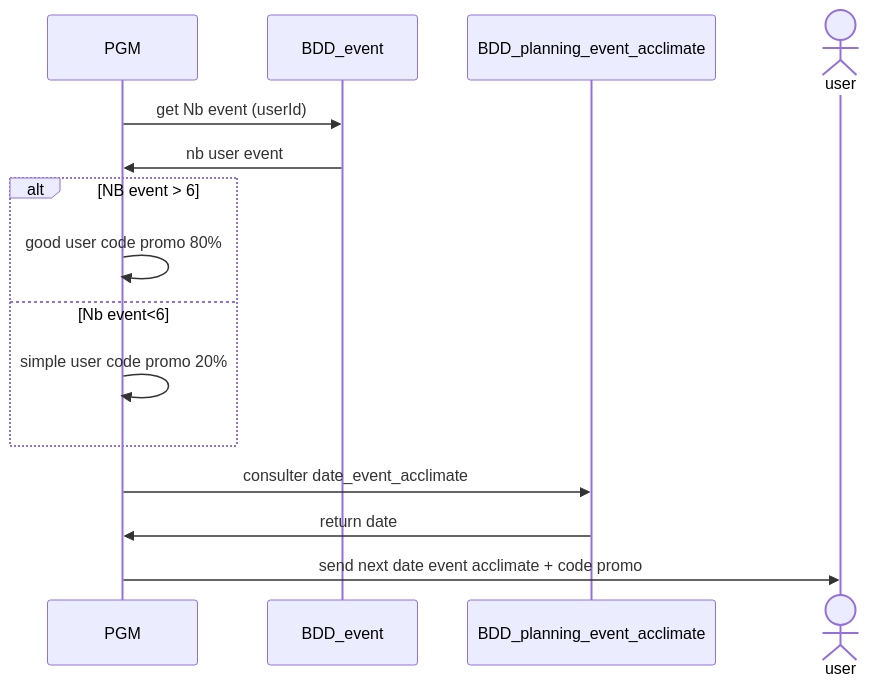
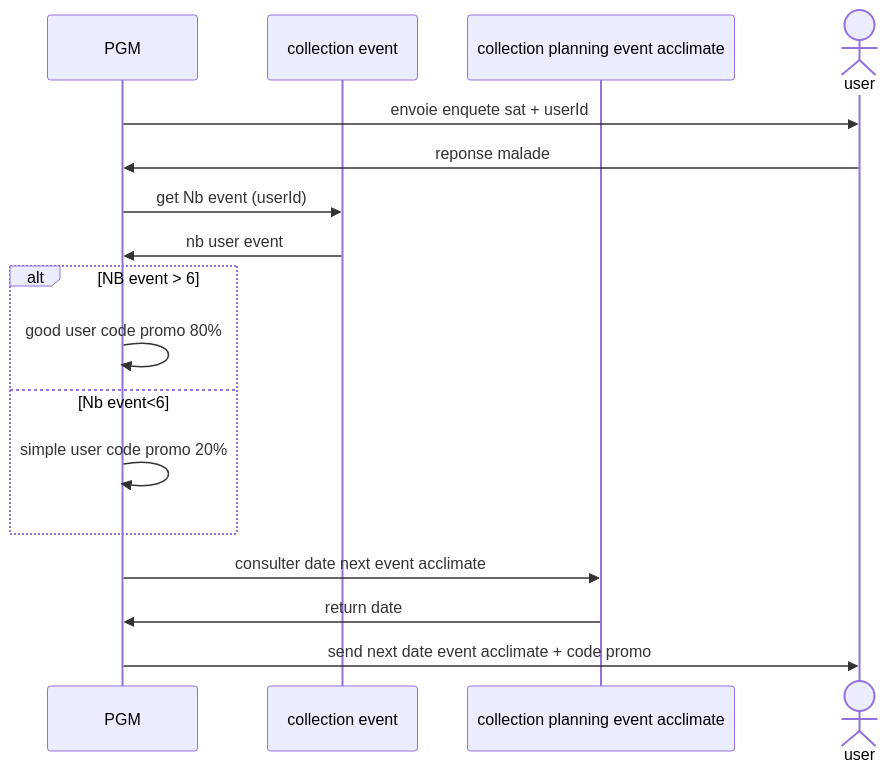
One commit to vler0ux/coursB3 changed the first of 4 diagrams in ULM/exo_plante1.md. Above: the diagram before and after it, drawn with Mermaid. The commit also changed other lines of this file and 1 other file, not shown here.

````diff
--- a/ULM/exo_plante1.md
+++ b/ULM/exo_plante1.md
@@ -1,22 +11,24 @@
 ```mermaid
 sequenceDiagram
 
-participant PGM
-participant BDD_event 
-participant BDD_planning_event_acclimate
+participant PGM 
+participant collection event
+participant collection planning event acclimate
 actor user
 
-PGM ->> BDD_event : get Nb event (userId)
-BDD_event ->> PGM : nb user event 
+PGM ->> user : envoie enquete sat + userId
+user ->> PGM : reponse malade
+PGM ->> collection event : get Nb event (userId)
+collection event->> PGM : nb user event 
 
 alt NB event > 6
         PGM->> PGM: good user code promo 80%
     else Nb event<6
         PGM->>PGM: simple user code promo 20%
     end
 
-PGM ->> BDD_planning_event_acclimate : consulter date_event_acclimate
-BDD_planning_event_acclimate ->>PGM : return date
+PGM ->> collection planning event acclimate : consulter date next event acclimate
+collection planning event acclimate ->>PGM : return date
 
 PGM ->> user : send next date event acclimate + code promo
 ```
````
